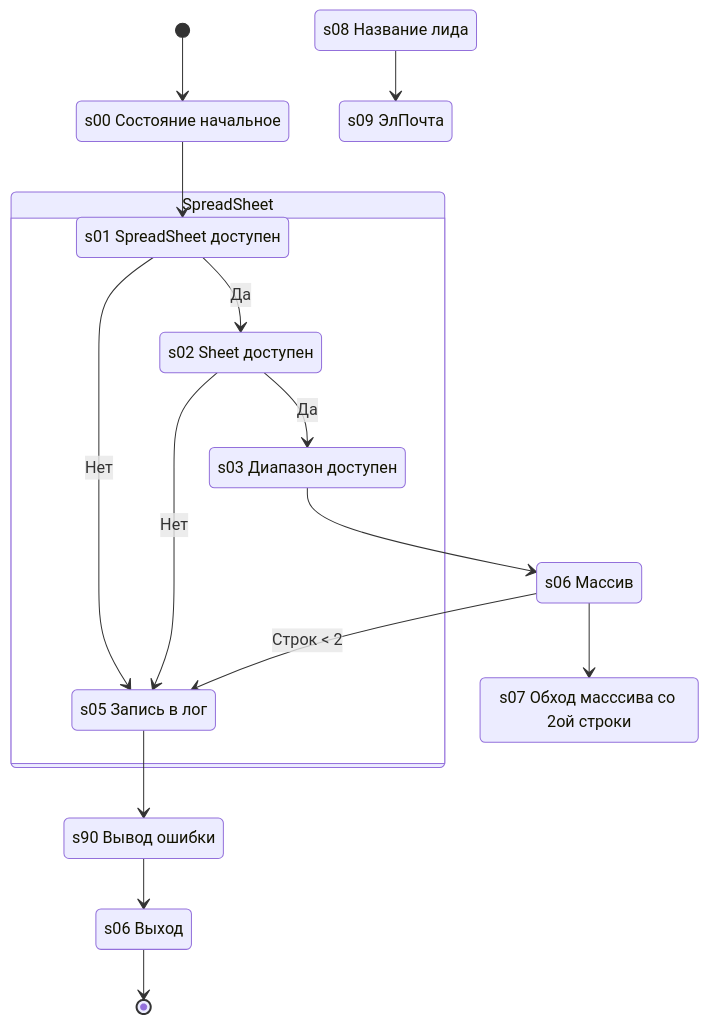
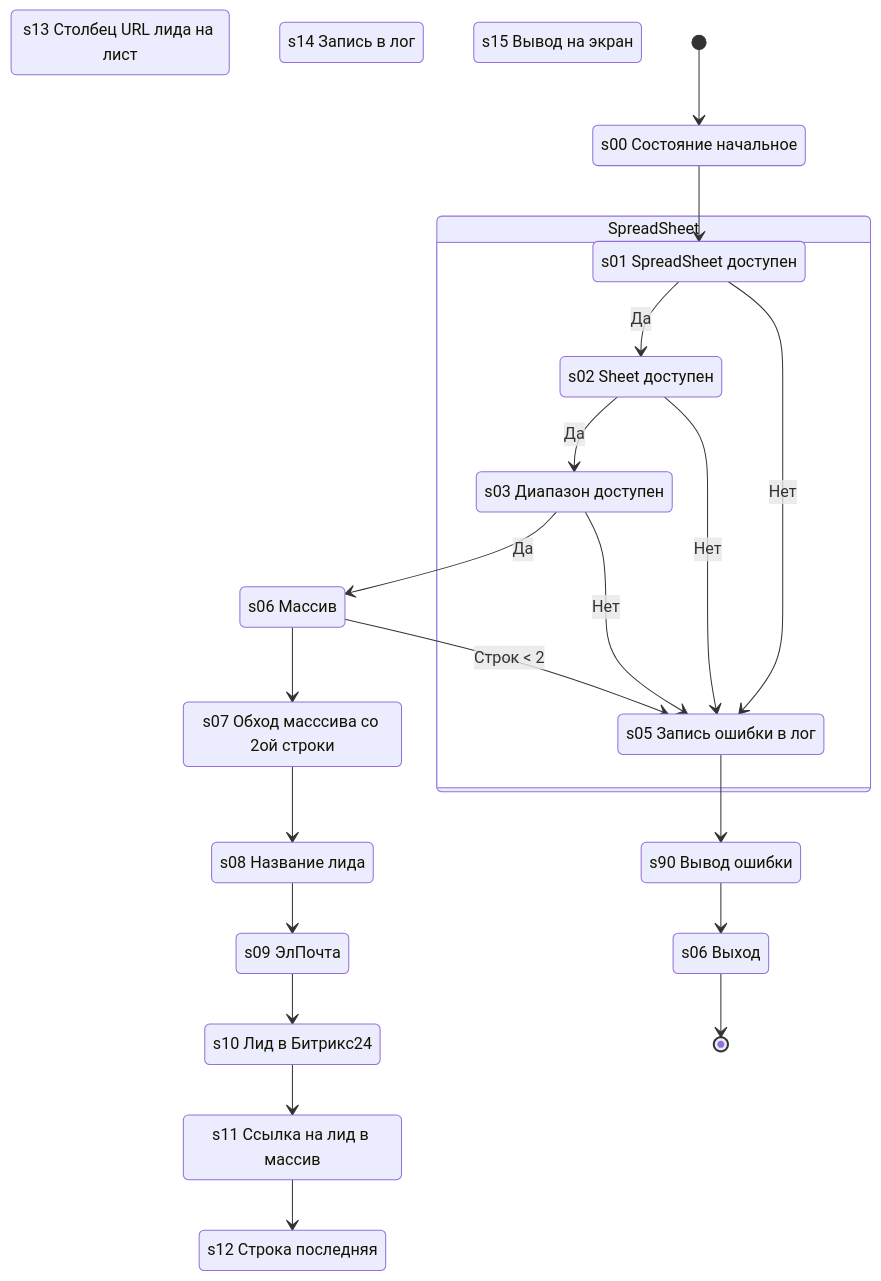
Before and after one commit to InExSu/Google-Sheets-Bitrix24: the diagram in README.md, drawn with Mermaid.

Commit message:
handLocal

````diff
--- a/README.md
+++ b/README.md
@@ -1,29 +1,42 @@
 ```mermaid
 stateDiagram-v2
 s00: s00 Состояние начальное
 s01: s01 SpreadSheet доступен
 s02: s02 Sheet доступен
 s03: s03 Диапазон доступен
-s05: s05 Запись в лог
+s05: s05 Запись ошибки в лог
 s06: s06 Массив
 s07: s07 Обход масссива со 2ой строки
 s08: s08 Название лида
 s09: s09 ЭлПочта 
+s10: s10 Лид в Битрикс24
+s11: s11 Ссылка на лид в массив
+s12: s12 Строка последняя
+s13: s13 Столбец URL лида на лист
+s14: s14 Запись в лог
+s15: s15 Вывод на экран
 s90: s90 Вывод ошибки
+
 s99: s06 Выход
+
 [*] --> s00 
 s00 --> s01
 state SpreadSheet {
 s01 --> s02: Да
 s01 --> s05: Нет
 s02 --> s03: Да
 }
 s02 --> s05: Нет
-s03 --> s06
+s03 --> s06: Да
+s03 --> s05: Нет
 s06 --> s05: Строк < 2
 s06 --> s07
+s07 --> s08
 s08 --> s09
+s09 --> s10
+s10 --> s11
+s11 --> s12
 s05 --> s90
 s90 --> s99
 s99 --> [*]
 ```
````
